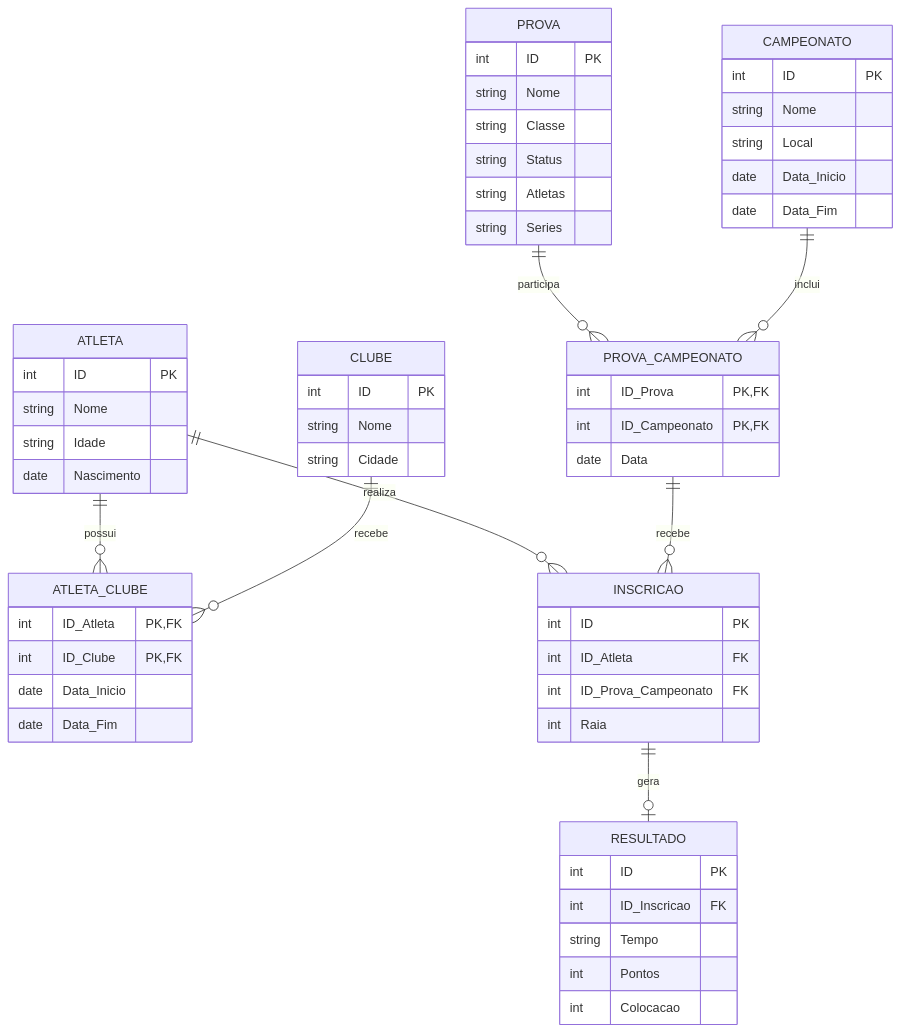
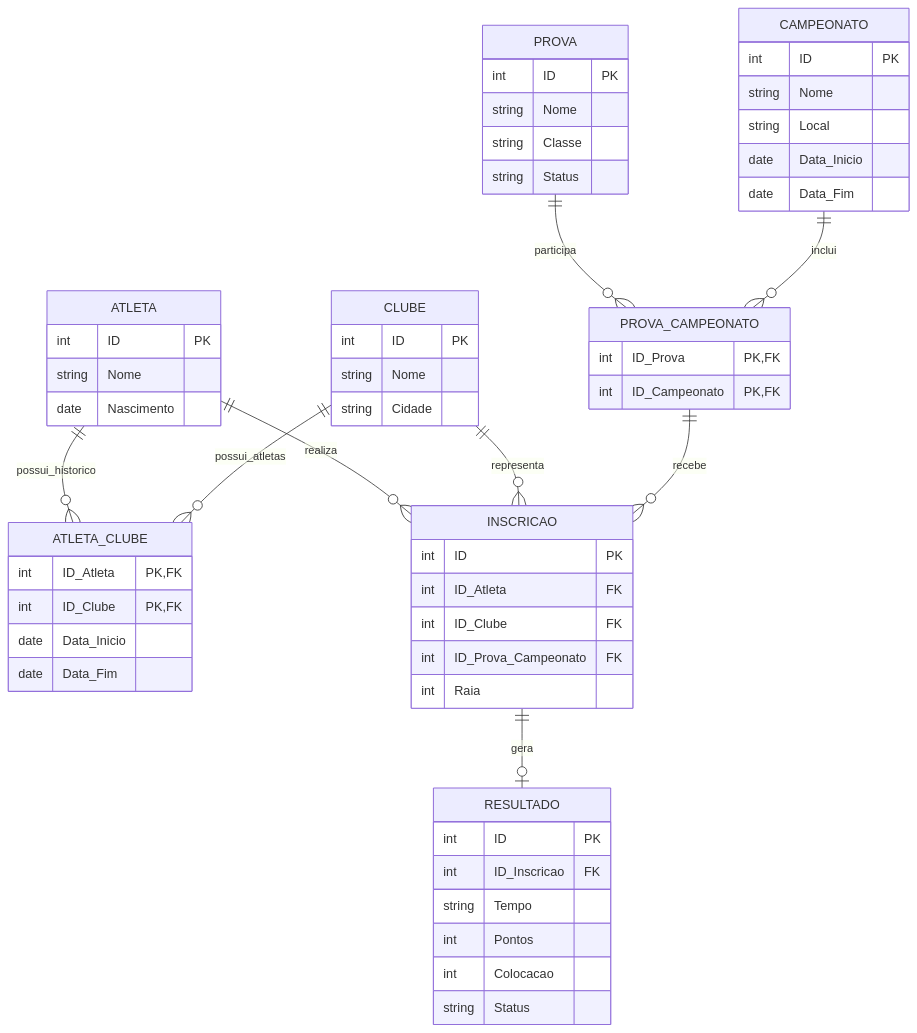
Before and after one commit to Murilo-Siena/Atividade-Modelagem-Estatisticas-Trofeu-Alexandre-Pussieldi: the diagram in README.md, drawn with Mermaid.

Commit message:
Refactor ER diagram for clarity and structure

````diff
--- a/README.md
+++ b/README.md
@@ -3,71 +3,70 @@
 ```mermaid
 erDiagram
     ATLETA {
         int ID PK
         string Nome
-        string Idade
         date Nascimento
     }
 
     CLUBE {
         int ID PK
         string Nome
         string Cidade
     }
 
     ATLETA_CLUBE {
         int ID_Atleta PK, FK
         int ID_Clube PK, FK
         date Data_Inicio
         date Data_Fim
     }
 
-    PROVA {
-        int ID PK
-        string Nome
-        string Classe
-        string Status
-        string Atletas
-        string Series
-    }
-
     CAMPEONATO {
         int ID PK
         string Nome
         string Local
         date Data_Inicio
         date Data_Fim
     }
 
+    PROVA {
+        int ID PK
+        string Nome
+        string Classe
+        string Status
+    }
+
     PROVA_CAMPEONATO {
         int ID_Prova PK, FK
         int ID_Campeonato PK, FK
-        date Data
     }
 
     INSCRICAO {
         int ID PK
         int ID_Atleta FK
+        int ID_Clube FK
         int ID_Prova_Campeonato FK
         int Raia
     }
 
     RESULTADO {
         int ID PK
         int ID_Inscricao FK
         string Tempo
         int Pontos
         int Colocacao
+        string Status
     }
 
-    ATLETA ||--o{ ATLETA_CLUBE : possui
-    CLUBE ||--o{ ATLETA_CLUBE : recebe
+    ATLETA ||--o{ ATLETA_CLUBE : possui_historico
+    CLUBE ||--o{ ATLETA_CLUBE : possui_atletas
 
     PROVA ||--o{ PROVA_CAMPEONATO : participa
     CAMPEONATO ||--o{ PROVA_CAMPEONATO : inclui
 
     ATLETA ||--o{ INSCRICAO : realiza
+    CLUBE ||--o{ INSCRICAO : representa
     PROVA_CAMPEONATO ||--o{ INSCRICAO : recebe
 
     INSCRICAO ||--o| RESULTADO : gera
 ```
````
